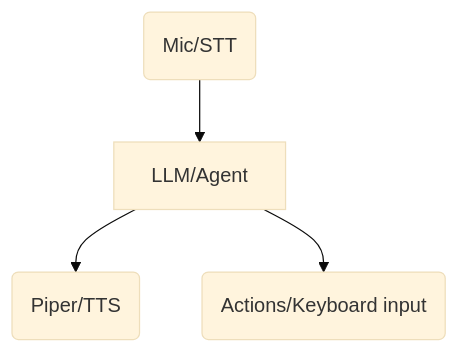
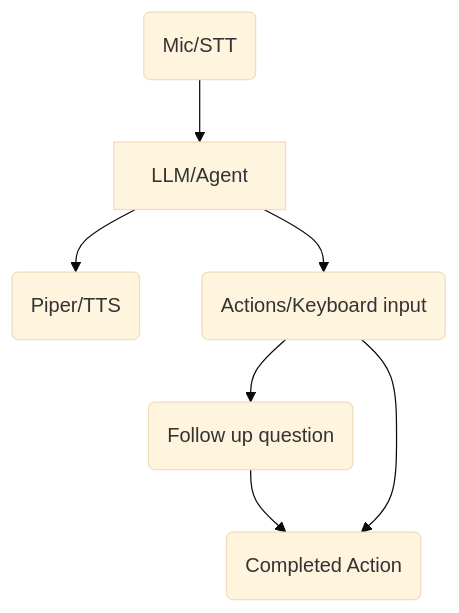
Before and after one commit to splat1745/Jarvis: the diagram in README.md, drawn with Mermaid (base theme).

Commit message:
Enhance README with pipeline actions and examples
Updated the README to include additional pipeline actions and examples.

````diff
--- a/README.md
+++ b/README.md
@@ -11,6 +11,9 @@
 ```mermaid
 graph TD
   A(Mic/STT) --> B[LLM/Agent] 
   B --> C1(Piper/TTS)
   B --> C2(Actions/Keyboard input)
+  C2 --> D1(Follow up question)
+  D1 --> E(Completed Action)
+  C2 --> E
 ```
````
